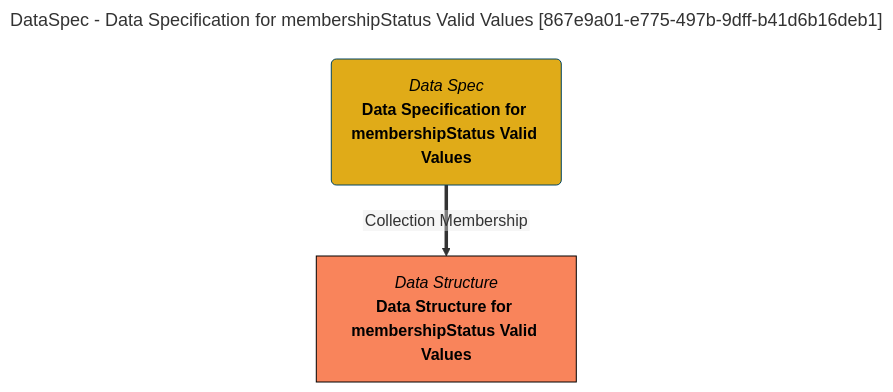
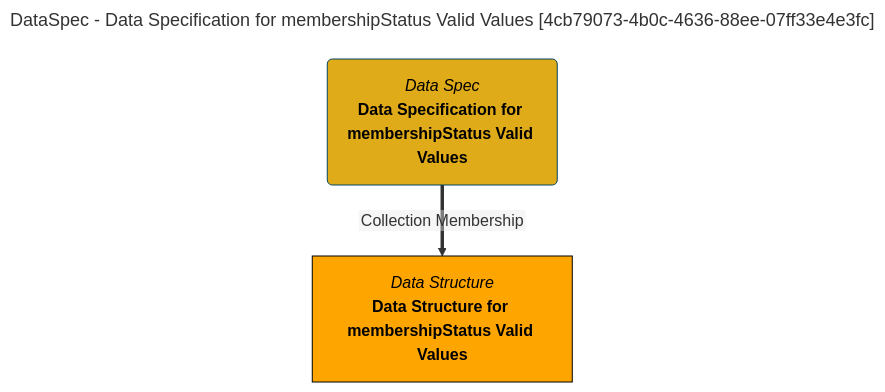
One commit to odpi/egeria-docs changed the diagram in site/snippets/collections/data-specs/data-specification-for-membershipstatus-valid-values-mermaid-graph.md. Above: the diagram before and after it, drawn with Mermaid. The commit also changed 2201 other files, not shown here.

````diff
--- a/site/snippets/collections/data-specs/data-specification-for-membershipstatus-valid-values-mermaid-graph.md
+++ b/site/snippets/collections/data-specs/data-specification-for-membershipstatus-valid-values-mermaid-graph.md
@@ -1,15 +1,15 @@
 ```mermaid
 ---
-title: DataSpec - Data Specification for membershipStatus Valid Values [867e9a01-e775-497b-9dff-b41d6b16deb1]
+title: DataSpec - Data Specification for membershipStatus Valid Values [4cb79073-4b0c-4636-88ee-07ff33e4e3fc]
 ---
 flowchart TD
 %%{init: {"flowchart": {"htmlLabels": false}} }%%
 
 1@{ shape: rounded, label: "*Data Spec*
 **Data Specification for membershipStatus Valid Values**"}
 2@{ shape: rect, label: "*Data Structure*
 **Data Structure for membershipStatus Valid Values**"}
 1==>|"Collection Membership"|2
 style 1 color:#000000, fill:#e0ab18, stroke:#004563
-style 2 color:#000000, fill:#f9845b, stroke:#000000
+style 2 color:#000000, fill:#FFA500, stroke:#000000
 ```
````
